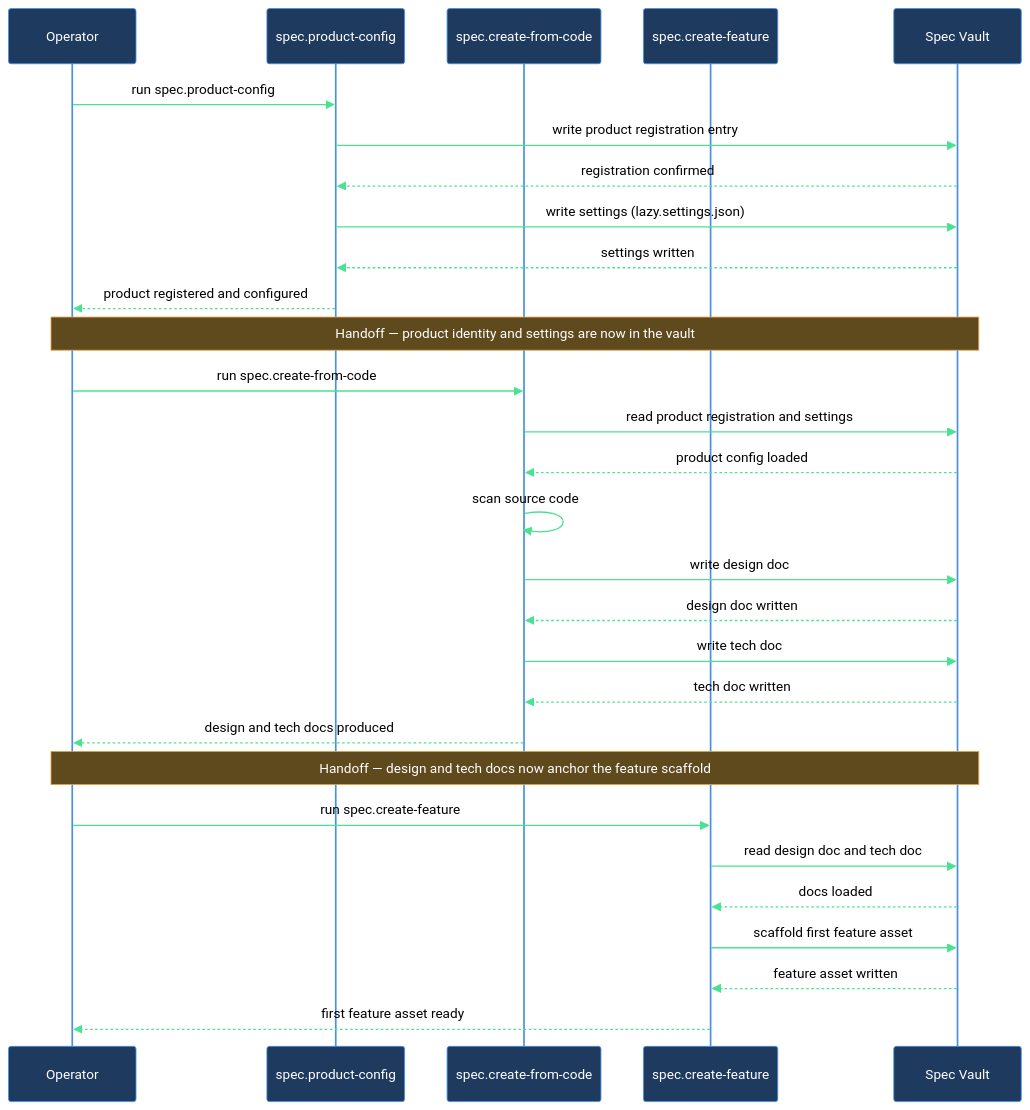
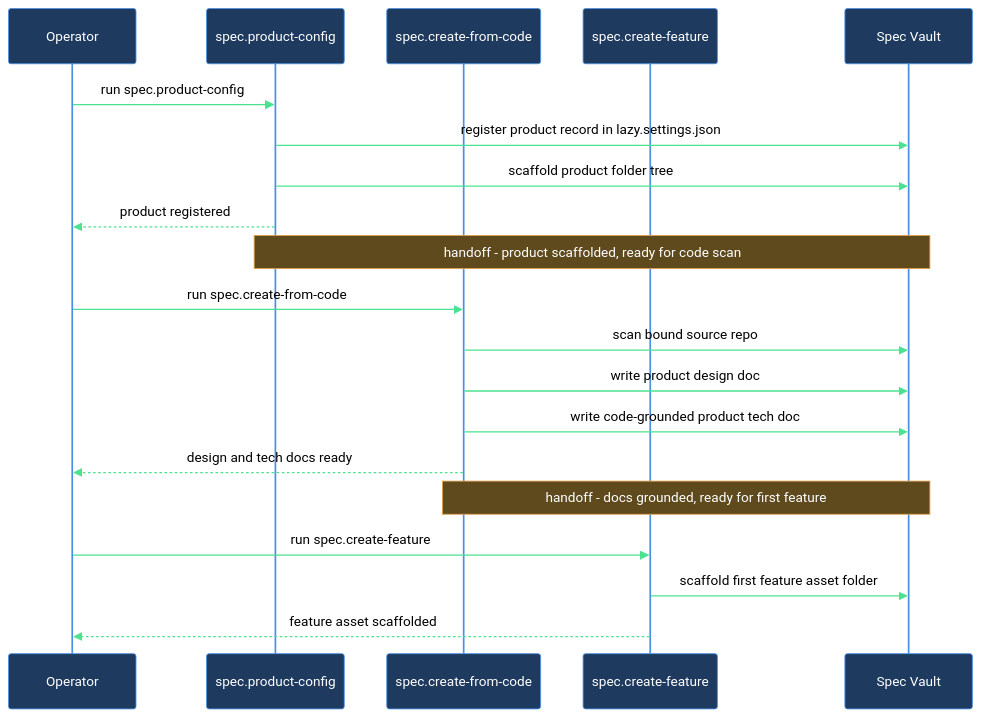
Before and after one commit to mebius-san/lazy-cortex: the diagram in claude/lazycortex-specs/help/walkthroughs/new-product-from-code.md, drawn with Mermaid. The commit also changed other lines of this file and 16 other files, not shown here.

````diff
--- a/claude/lazycortex-specs/help/walkthroughs/new-product-from-code.md
+++ b/claude/lazycortex-specs/help/walkthroughs/new-product-from-code.md
@@ -114,37 +114,24 @@
 ```mermaid
 %%{init: {'themeVariables':{'background':'transparent','primaryColor':'#1e3a5f','primaryBorderColor':'#4a90e2','primaryTextColor':'#fff','lineColor':'#4ae290','actorBkg':'#1e3a5f','actorBorder':'#4a90e2','actorTextColor':'#fff','actorLineColor':'#4a90e2','signalColor':'#4ae290','signalTextColor':'#000','noteBkgColor':'#5f4a1e','noteBorderColor':'#e2a14a','noteTextColor':'#fff','labelBoxBkgColor':'#5f4a1e','labelBoxBorderColor':'#e2a14a','labelTextColor':'#fff','loopTextColor':'#e2a14a'},'sequence':{'diagramPadding':5,'useMaxWidth':true}}}%%
 sequenceDiagram
   participant operator as Operator
   participant productConfig as spec.product-config
   participant createFromCode as spec.create-from-code
   participant createFeature as spec.create-feature
   participant specVault as Spec Vault
 
   operator->>productConfig: run spec.product-config
-  productConfig->>specVault: write product registration entry
-  specVault-->>productConfig: registration confirmed
-  productConfig->>specVault: write settings (lazy.settings.json)
-  specVault-->>productConfig: settings written
-  productConfig-->>operator: product registered and configured
-
-  Note over operator,specVault: Handoff — product identity and settings are now in the vault
-
+  productConfig->>specVault: register product record in lazy.settings.json
+  productConfig->>specVault: scaffold product folder tree
+  productConfig-->>operator: product registered
+  Note over productConfig,specVault: handoff - product scaffolded, ready for code scan
   operator->>createFromCode: run spec.create-from-code
-  createFromCode->>specVault: read product registration and settings
-  specVault-->>createFromCode: product config loaded
-  createFromCode->>createFromCode: scan source code
-  createFromCode->>specVault: write design doc
-  specVault-->>createFromCode: design doc written
-  createFromCode->>specVault: write tech doc
-  specVault-->>createFromCode: tech doc written
-  createFromCode-->>operator: design and tech docs produced
-
-  Note over operator,specVault: Handoff — design and tech docs now anchor the feature scaffold
-
+  createFromCode->>specVault: scan bound source repo
+  createFromCode->>specVault: write product design doc
+  createFromCode->>specVault: write code-grounded product tech doc
+  createFromCode-->>operator: design and tech docs ready
+  Note over createFromCode,specVault: handoff - docs grounded, ready for first feature
   operator->>createFeature: run spec.create-feature
-  createFeature->>specVault: read design doc and tech doc
-  specVault-->>createFeature: docs loaded
-  createFeature->>specVault: scaffold first feature asset
-  specVault-->>createFeature: feature asset written
-  createFeature-->>operator: first feature asset ready
+  createFeature->>specVault: scaffold first feature asset folder
+  createFeature-->>operator: feature asset scaffolded
 ```
````
